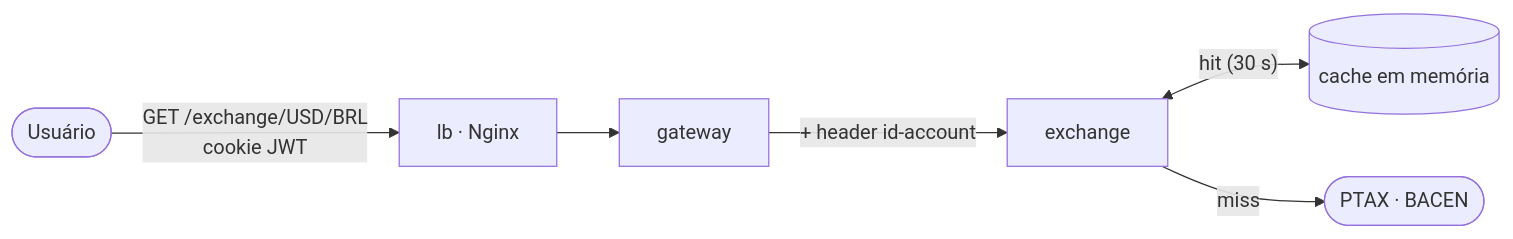
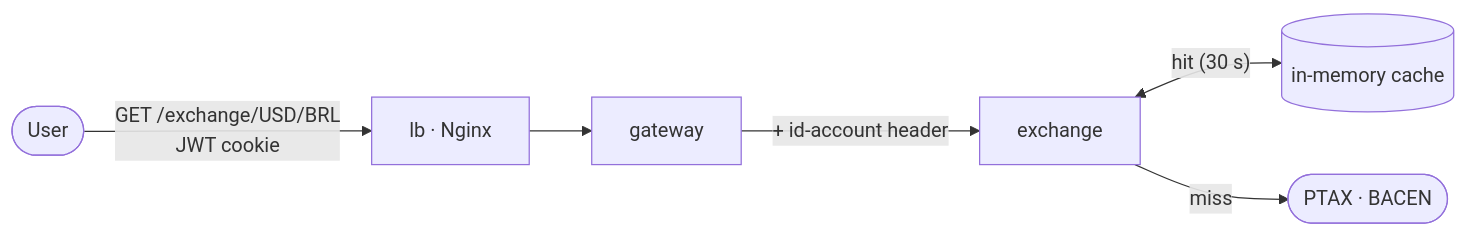
One commit to pna26/platform changed the diagram in docs/servicos/exchange.md. Above: the diagram before and after it, drawn with Mermaid. The commit also changed other lines of this file and 55 other files, not shown here.

````diff
--- a/docs/servicos/exchange.md
+++ b/docs/servicos/exchange.md
@@ -11,7 +11,7 @@
 ``` mermaid
 flowchart LR
-    u([Usuário]) -->|"GET /exchange/USD/BRL<br/>cookie JWT"| lb[lb · Nginx] --> gw[gateway]
-    gw -->|"+ header id-account"| ex[exchange]
-    ex <-->|"hit (30 s)"| cache[(cache em memória)]
+    u([User]) -->|"GET /exchange/USD/BRL<br/>JWT cookie"| lb[lb · Nginx] --> gw[gateway]
+    gw -->|"+ id-account header"| ex[exchange]
+    ex <-->|"hit (30 s)"| cache[(in-memory cache)]
     ex -->|"miss"| api([PTAX · BACEN])
 ```
````
